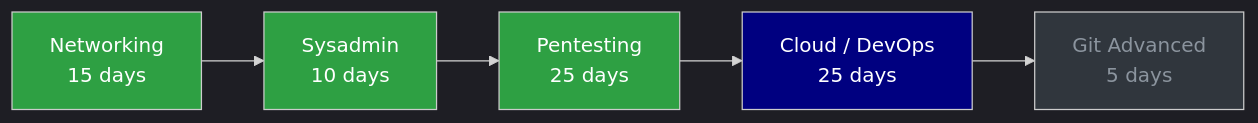
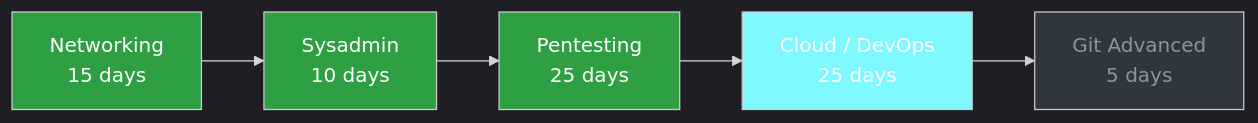
The second of 2 diagrams in README.md (Jeetendra-sanatani/tools-journal), drawn with Mermaid before and after one commit.

````diff
--- a/README.md
+++ b/README.md
@@ -63,14 +63,14 @@
 ```mermaid
 %%{init: {'theme':'dark'}}%%
 flowchart LR
     A[Networking<br/>15 days] --> B[Sysadmin<br/>10 days]
     B --> C[Pentesting<br/>25 days]
     C --> D[Cloud / DevOps<br/>25 days]
     D --> E[Git Advanced<br/>5 days]
 
     style A fill:#2ea043,color:#fff
     style B fill:#2ea043,color:#fff
     style C fill:#2ea043,color:#fff
-    style D fill:#000080,color:#fff
+    style D fill:#7DF9FF,color:#fff
     style E fill:#30363d,color:#8b949e
 ```
````
